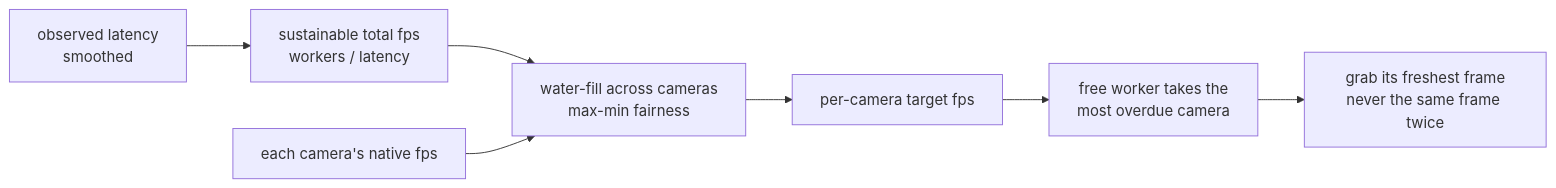
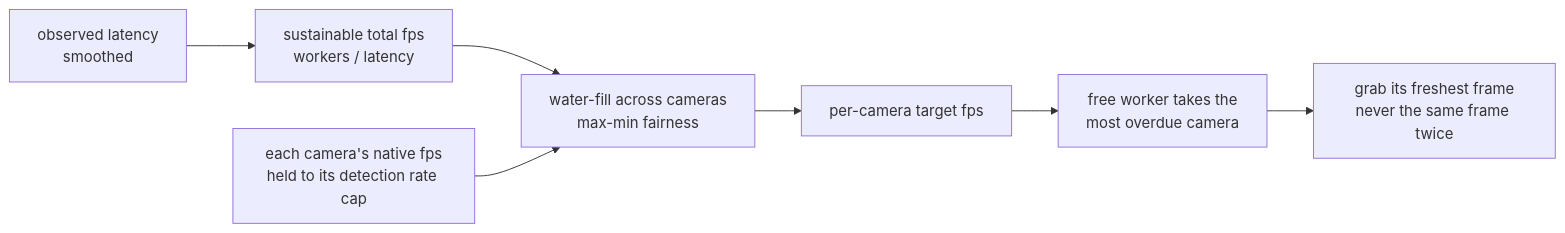
The third of 5 diagrams in docs/architecture.md (oliverbravery/PrintGuard), drawn with Mermaid before and after one commit. The commit also changed other lines of this file and 10 other files, not shown here.

Commit message:
Drop the zero meaning uncapped and set the detection rate with a slider

````diff
--- a/docs/architecture.md
+++ b/docs/architecture.md
@@ -270,9 +271,9 @@
 ```mermaid
 flowchart LR
     lat["observed latency<br/>smoothed"] --> cap["sustainable total fps<br/>workers / latency"]
     cap --> fill["water-fill across cameras<br/>max-min fairness"]
-    native["each camera's native fps"] --> fill
+    native["each camera's native fps<br/>held to its detection rate cap"] --> fill
     fill --> target["per-camera target fps"]
     target --> pick["free worker takes the<br/>most overdue camera"]
     pick --> fresh["grab its freshest frame<br/>never the same frame twice"]
 ```
````
